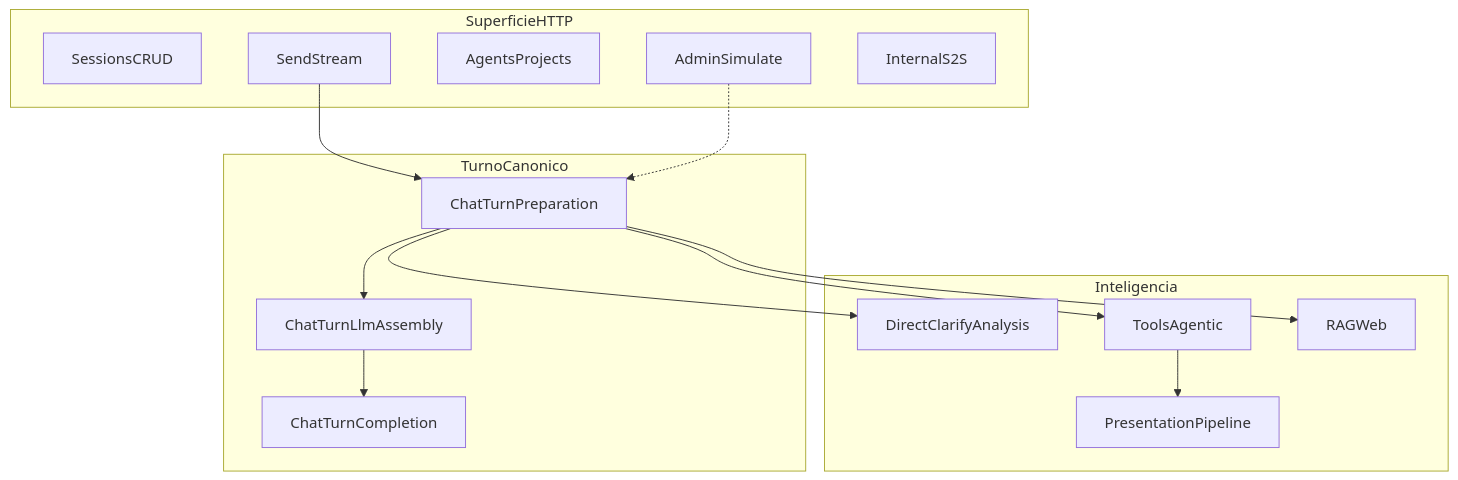
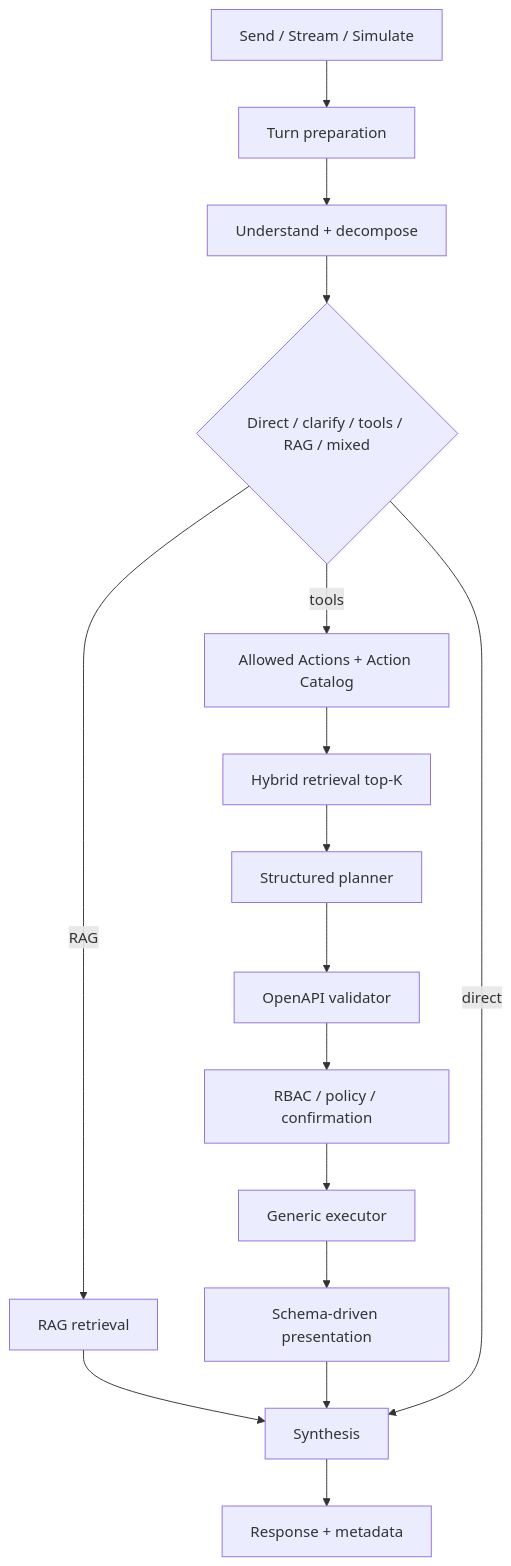
Before and after one commit to roberiooliveiradev/delpi-central: the diagram in minha-delpi-ai-api/docs/flows/README.md, drawn with Mermaid. The commit also changed other lines of this file, not shown here.

````diff
--- a/minha-delpi-ai-api/docs/flows/README.md
+++ b/minha-delpi-ai-api/docs/flows/README.md
@@ -33,29 +26,18 @@
 ```mermaid
-flowchart TB
-  subgraph http [SuperficieHTTP]
-    Sessions[SessionsCRUD]
-    Messages[SendStream]
-    Agents[AgentsProjects]
-    Admin[AdminSimulate]
-    Internal[InternalS2S]
-  end
-  subgraph turn [TurnoCanonico]
-    Prep[ChatTurnPreparation]
-    Assemble[ChatTurnLlmAssembly]
-    Complete[ChatTurnCompletion]
-  end
-  subgraph intel [Inteligencia]
-    Direct[DirectClarifyAnalysis]
-    Tools[ToolsAgentic]
-    Rag[RAGWeb]
-    Present[PresentationPipeline]
-  end
-  Messages --> Prep
-  Prep --> Direct
-  Prep --> Tools
-  Prep --> Rag
-  Tools --> Present
-  Prep --> Assemble
-  Assemble --> Complete
-  Admin -.-> Prep
+flowchart TD
+  HTTP[Send / Stream / Simulate] --> PREP[Turn preparation]
+  PREP --> UNDERSTAND[Understand + decompose]
+  UNDERSTAND --> DIRECT{Direct / clarify / tools / RAG / mixed}
+  DIRECT -->|tools| ACTIONS[Allowed Actions + Action Catalog]
+  ACTIONS --> RETRIEVE[Hybrid retrieval top-K]
+  RETRIEVE --> PLAN[Structured planner]
+  PLAN --> VALIDATE[OpenAPI validator]
+  VALIDATE --> POLICY[RBAC / policy / confirmation]
+  POLICY --> EXEC[Generic executor]
+  DIRECT -->|RAG| RAG[RAG retrieval]
+  EXEC --> PRESENT[Schema-driven presentation]
+  RAG --> SYNTH[Synthesis]
+  PRESENT --> SYNTH
+  DIRECT -->|direct| SYNTH
+  SYNTH --> OUTPUT[Response + metadata]
 ```
````
